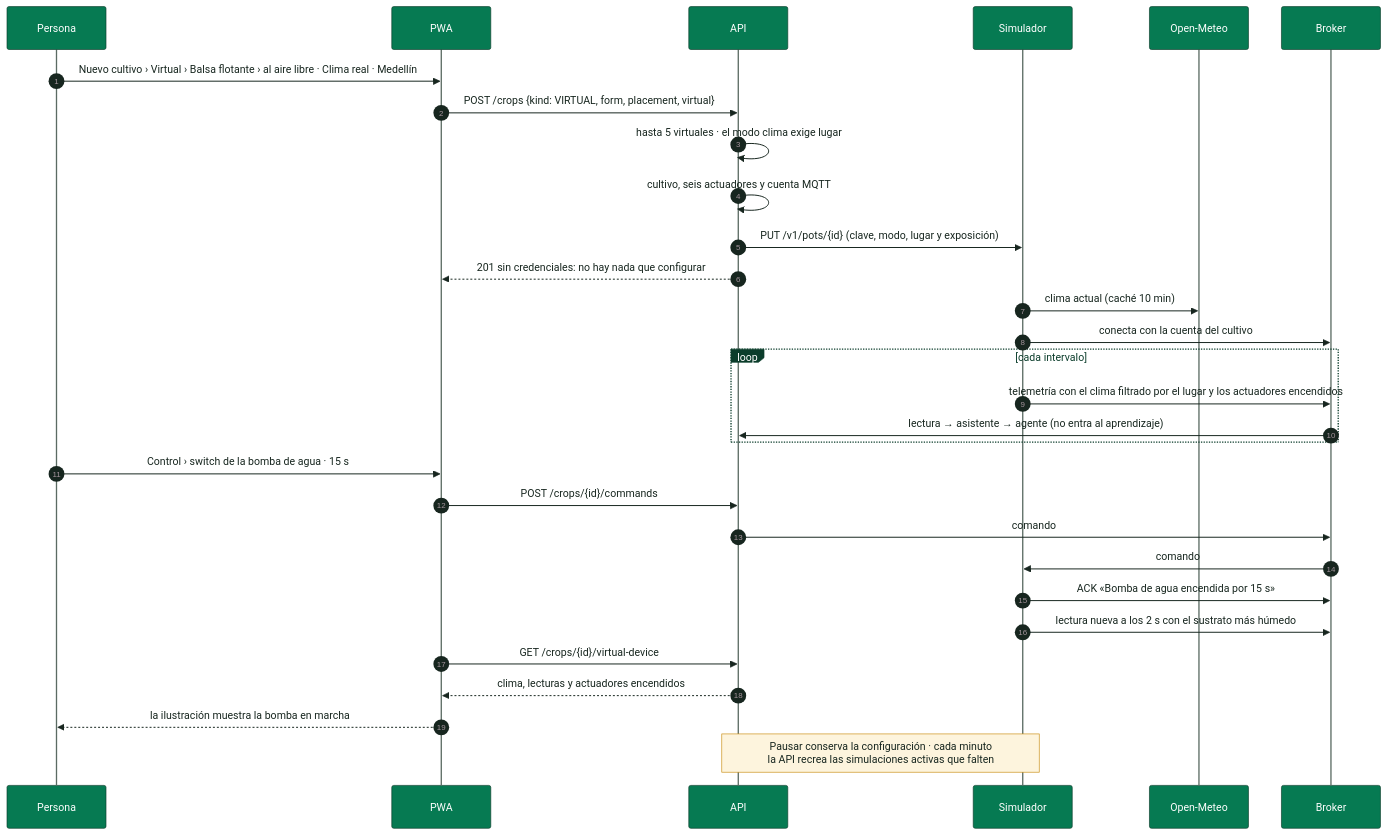
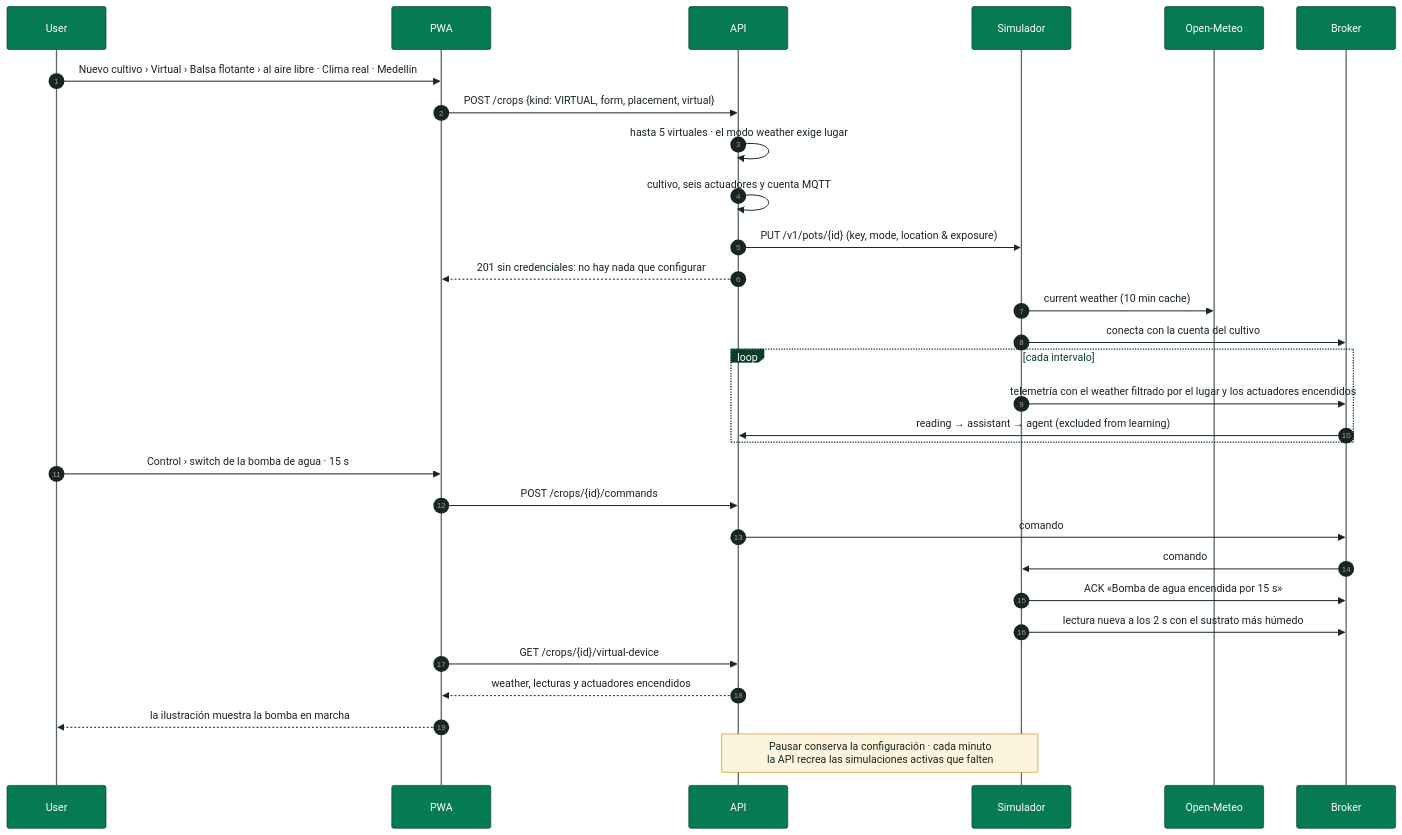
One commit to SmartPotTech/.github changed diagram 11 of 14 in docs/SmartPot_Technical_Documentation.md. Above: the diagram before and after it, drawn with Mermaid. The commit also changed other lines of this file and 186 other files, not shown here.

Commit message:
docs(specs): synchronize 100% english organization documentation, diagrams, and formal deliverables

````diff
--- a/docs/SmartPot_Technical_Documentation.md
+++ b/docs/SmartPot_Technical_Documentation.md
@@ -1239,33 +621,33 @@
 ```mermaid
 %%{init: {"theme": "base", "fontFamily": "Segoe UI, Arial, sans-serif", "themeVariables": {"fontFamily": "Segoe UI, Arial, sans-serif", "fontSize": "15px", "primaryColor": "#DDF5EA", "primaryTextColor": "#17261F", "primaryBorderColor": "#067A52", "secondaryColor": "#E3F2FB", "secondaryTextColor": "#17261F", "secondaryBorderColor": "#1F6FA0", "tertiaryColor": "#F2F7F4", "tertiaryTextColor": "#17261F", "tertiaryBorderColor": "#D5E3DC", "lineColor": "#5B6B63", "textColor": "#17261F", "mainBkg": "#DDF5EA", "nodeBorder": "#067A52", "clusterBkg": "#F7FAF8", "clusterBorder": "#D5E3DC", "edgeLabelBackground": "#FFFFFF", "actorBkg": "#067A52", "actorBorder": "#0B3D2B", "actorTextColor": "#FFFFFF", "actorLineColor": "#5B6B63", "signalColor": "#17261F", "signalTextColor": "#17261F", "labelBoxBkgColor": "#0B3D2B", "labelBoxBorderColor": "#0B3D2B", "labelTextColor": "#FFFFFF", "loopTextColor": "#0B3D2B", "noteBkgColor": "#FDF4DD", "noteBorderColor": "#C98D12", "noteTextColor": "#17261F", "activationBkgColor": "#DDF5EA", "activationBorderColor": "#067A52", "attributeBackgroundColorOdd": "#FFFFFF", "attributeBackgroundColorEven": "#F2F7F4"}}}%%
 sequenceDiagram
   autonumber
-  participant P as Persona
+  participant P as User
   participant W as PWA
   participant A as API
   participant S as Simulador
   participant O as Open-Meteo
   participant B as Broker
   P->>W: Nuevo cultivo › Virtual › Balsa flotante › al aire libre · Clima real · Medellín
   W->>A: POST /crops {kind: VIRTUAL, form, placement, virtual}
-  A->>A: hasta 5 virtuales · el modo clima exige lugar
+  A->>A: hasta 5 virtuales · el modo weather exige lugar
   A->>A: cultivo, seis actuadores y cuenta MQTT
-  A->>S: PUT /v1/pots/{id} (clave, modo, lugar y exposición)
+  A->>S: PUT /v1/pots/{id} (key, mode, location & exposure)
   A-->>W: 201 sin credenciales: no hay nada que configurar
-  S->>O: clima actual (caché 10 min)
+  S->>O: current weather (10 min cache)
   S->>B: conecta con la cuenta del cultivo
   loop cada intervalo
-    S->>B: telemetría con el clima filtrado por el lugar y los actuadores encendidos
-    B->>A: lectura → asistente → agente (no entra al aprendizaje)
+    S->>B: telemetría con el weather filtrado por el lugar y los actuadores encendidos
+    B->>A: reading → assistant → agent (excluded from learning)
   end
   P->>W: Control › switch de la bomba de agua · 15 s
   W->>A: POST /crops/{id}/commands
   A->>B: comando
   B->>S: comando
   S->>B: ACK «Bomba de agua encendida por 15 s»
   S->>B: lectura nueva a los 2 s con el sustrato más húmedo
   W->>A: GET /crops/{id}/virtual-device
-  A-->>W: clima, lecturas y actuadores encendidos
+  A-->>W: weather, lecturas y actuadores encendidos
   W-->>P: la ilustración muestra la bomba en marcha
   Note over A,S: Pausar conserva la configuración · cada minuto<br/>la API recrea las simulaciones activas que falten
 ```
````
